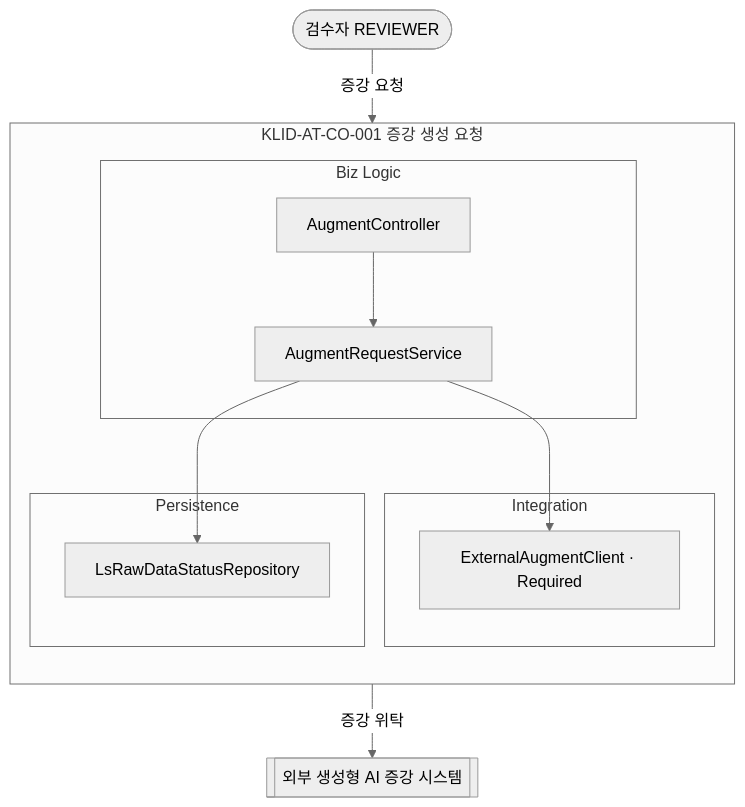
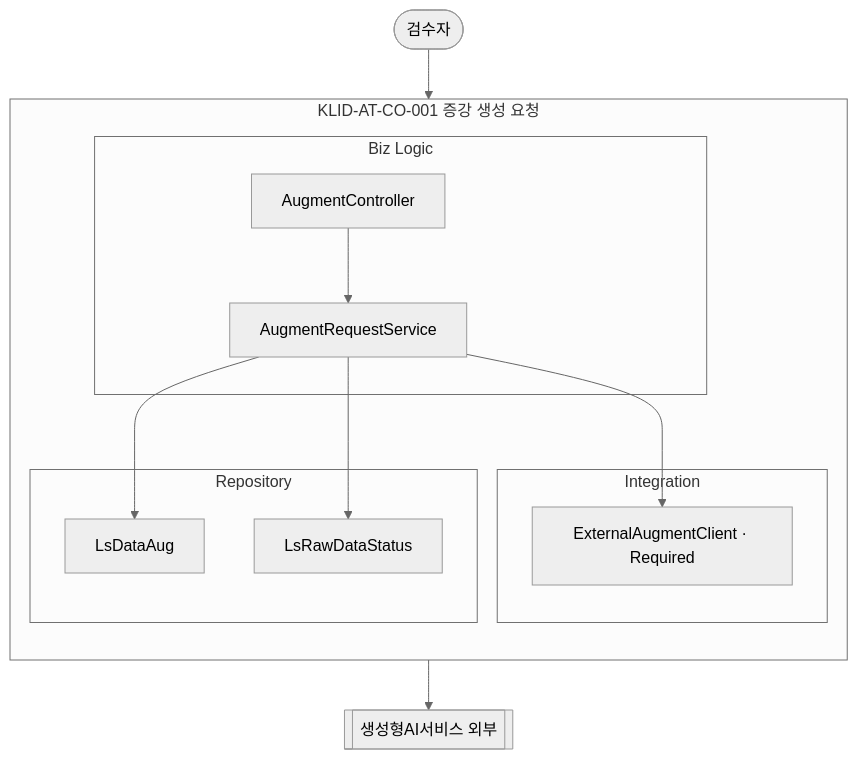
Before and after one commit to New-stella/klid-label: the first of 18 diagrams in docs/design/D3-컴포넌트설계서.md, drawn with Mermaid (neutral theme). The commit also changed other lines of this file and 7 other files, not shown here.

````diff
--- a/docs/design/D3-컴포넌트설계서.md
+++ b/docs/design/D3-컴포넌트설계서.md
@@ -43,23 +42,25 @@
 ```mermaid
 flowchart TD
-    REVIEWER([검수자 REVIEWER])
-    EXT[[외부 생성형 AI 증강 시스템]]
+    REVIEWER([검수자])
+    GENAI[[생성형AI서비스 외부]]
     subgraph CO001[KLID-AT-CO-001 증강 생성 요청]
         direction TB
         subgraph BIZ1[Biz Logic]
             AC[AugmentController]
             ARS[AugmentRequestService]
         end
         subgraph INT1[Integration]
             EAC[ExternalAugmentClient · Required]
         end
-        subgraph PER1[Persistence]
-            RSR[LsRawDataStatusRepository]
+        subgraph REP1[Repository]
+            AUG[LsDataAug]
+            RST[LsRawDataStatus]
         end
         AC --> ARS
         ARS --> EAC
-        ARS --> RSR
+        ARS --> AUG
+        ARS --> RST
     end
-    REVIEWER -->|증강 요청| AC
-    EAC -->|증강 위탁| EXT
+    REVIEWER --> AC
+    EAC --> GENAI
 ```
````
